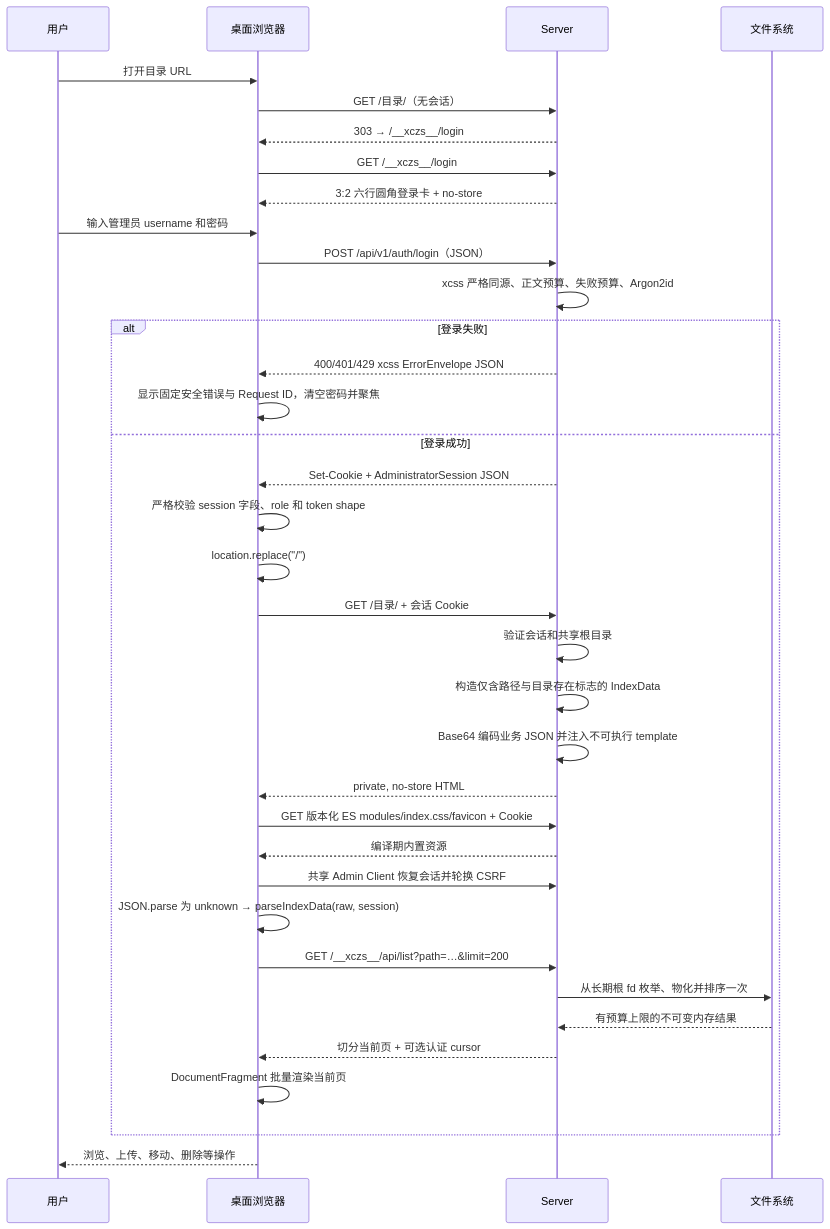
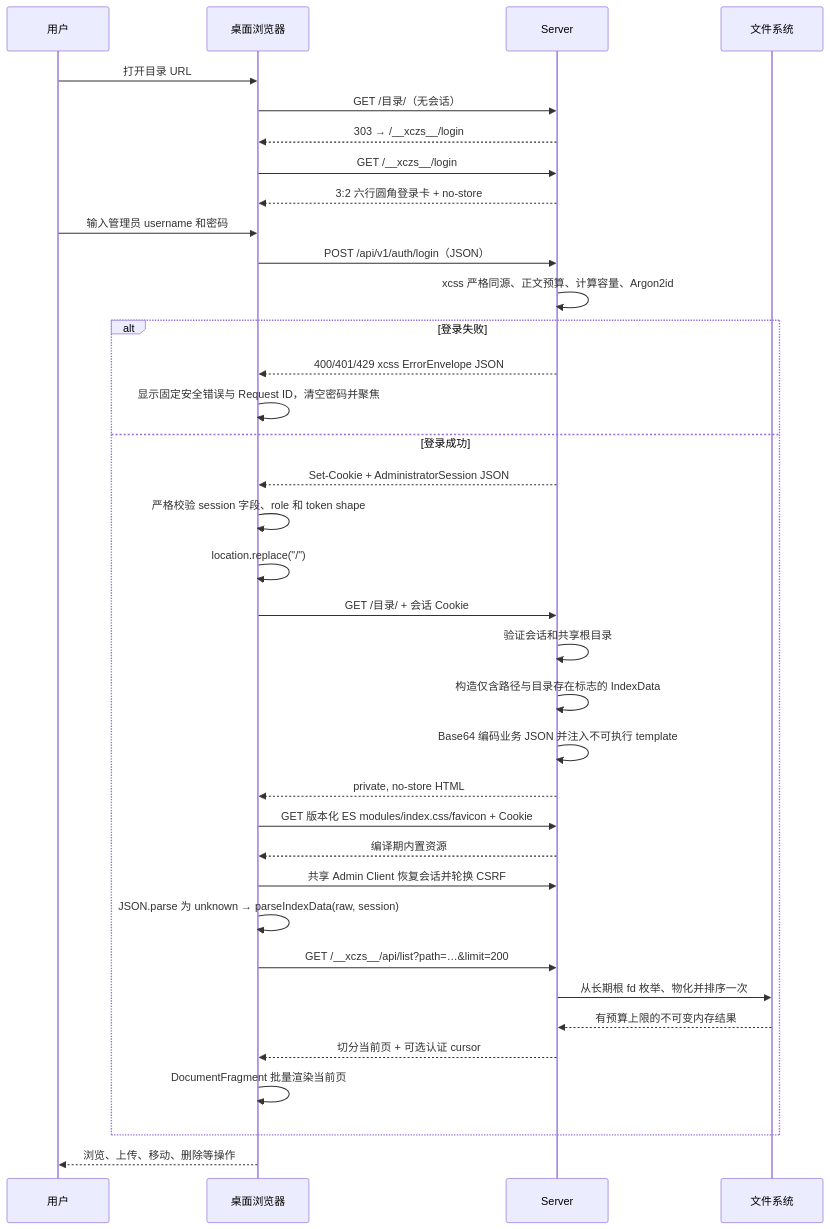
The second of 17 diagrams in docs/project-workflow.md (isarmg/xczs), drawn with Mermaid before and after one commit. The commit also changed other lines of this file and 98 other files, not shown here.

````diff
--- a/docs/project-workflow.md
+++ b/docs/project-workflow.md
@@ -74,39 +73,39 @@
 ```mermaid
 sequenceDiagram
     participant U as 用户
     participant B as 桌面浏览器
     participant S as Server
     participant F as 文件系统
 
     U->>B: 打开目录 URL
     B->>S: GET /目录/（无会话）
     S-->>B: 303 → /__xczs__/login
     B->>S: GET /__xczs__/login
     S-->>B: 3:2 六行圆角登录卡 + no-store
     U->>B: 输入管理员 username 和密码
     B->>S: POST /api/v1/auth/login（JSON）
-    S->>S: xcss 严格同源、正文预算、失败预算、Argon2id
+    S->>S: xcss 严格同源、正文预算、计算容量、Argon2id
     alt 登录失败
         S-->>B: 400/401/429 xcss ErrorEnvelope JSON
         B->>B: 显示固定安全错误与 Request ID，清空密码并聚焦
     else 登录成功
         S-->>B: Set-Cookie + AdministratorSession JSON
         B->>B: 严格校验 session 字段、role 和 token shape
         B->>B: location.replace("/")
         B->>S: GET /目录/ + 会话 Cookie
         S->>S: 验证会话和共享根目录
         S->>S: 构造仅含路径与目录存在标志的 IndexData
         S->>S: Base64 编码业务 JSON 并注入不可执行 template
         S-->>B: private, no-store HTML
         B->>S: GET 版本化 ES modules/index.css/favicon + Cookie
         S-->>B: 编译期内置资源
         B->>S: 共享 Admin Client 恢复会话并轮换 CSRF
         B->>B: JSON.parse 为 unknown → parseIndexData(raw, session)
         B->>S: GET /__xczs__/api/list?path=…&limit=200
         S->>F: 从长期根 fd 枚举、物化并排序一次
         F-->>S: 有预算上限的不可变内存结果
         S-->>B: 切分当前页 + 可选认证 cursor
         B->>B: DocumentFragment 批量渲染当前页
     end
     B-->>U: 浏览、上传、移动、删除等操作
 ```
````
